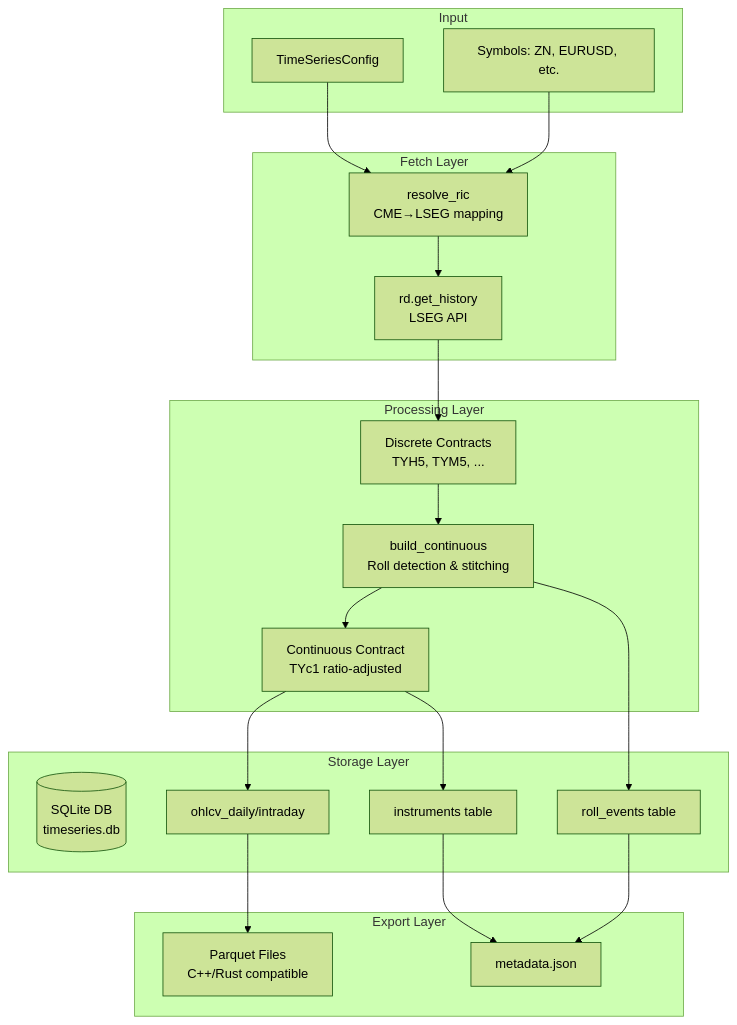
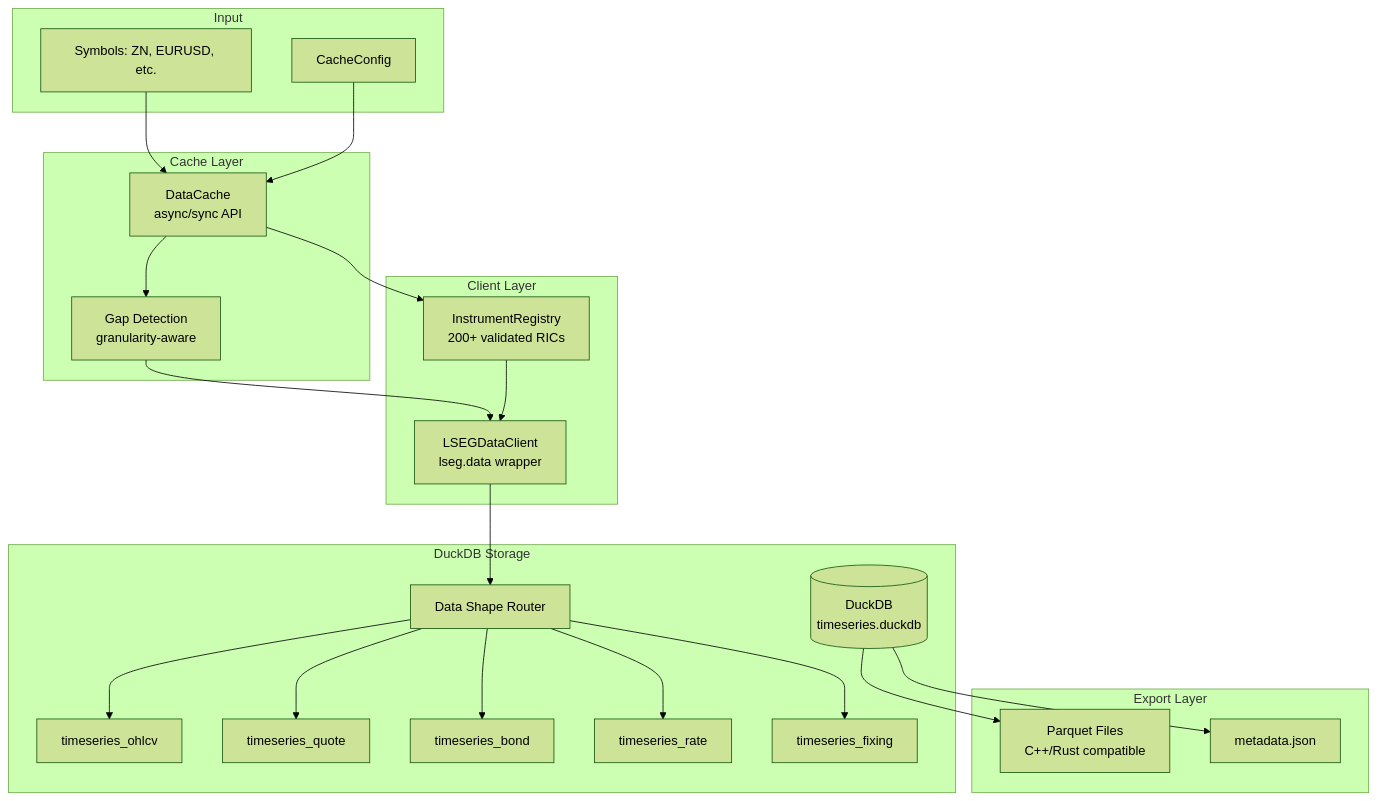
One commit to jlipworth/jl-lseg-toolkit changed the seventh of 7 diagrams in docs/ARCHITECTURE.md. Above: the diagram before and after it, drawn with Mermaid (forest theme). The commit also changed other lines of this file and 6 other files, not shown here.

First line of the commit message:
Add rate/bond OHLC fields and streamline documentation

````diff
--- a/docs/ARCHITECTURE.md
+++ b/docs/ARCHITECTURE.md
@@ -491,43 +491,47 @@
 ```mermaid
 flowchart TB
     subgraph Input
-        Config[TimeSeriesConfig]
+        Config[CacheConfig]
         Symbols[Symbols: ZN, EURUSD, etc.]
     end
 
-    subgraph Fetch["Fetch Layer"]
-        RIC[resolve_ric<br/>CME→LSEG mapping]
-        API[rd.get_history<br/>LSEG API]
+    subgraph Cache["Cache Layer"]
+        DataCache[DataCache<br/>async/sync API]
+        GapDetect[Gap Detection<br/>granularity-aware]
     end
 
-    subgraph Process["Processing Layer"]
-        Discrete[Discrete Contracts<br/>TYH5, TYM5, ...]
-        Roll[build_continuous<br/>Roll detection & stitching]
-        Continuous[Continuous Contract<br/>TYc1 ratio-adjusted]
+    subgraph Client["Client Layer"]
+        Registry[InstrumentRegistry<br/>200+ validated RICs]
+        API[LSEGDataClient<br/>lseg.data wrapper]
     end
 
-    subgraph Storage["Storage Layer"]
-        SQLite[(SQLite DB<br/>timeseries.db)]
-        Instruments[instruments table]
-        OHLCV[ohlcv_daily/intraday]
-        RollEvents[roll_events table]
+    subgraph Storage["DuckDB Storage"]
+        DuckDB[(DuckDB<br/>timeseries.duckdb)]
+        ShapeRouter[Data Shape Router]
+        OHLCV[timeseries_ohlcv]
+        Quote[timeseries_quote]
+        Bond[timeseries_bond]
+        Rate[timeseries_rate]
+        Fixing[timeseries_fixing]
     end
 
     subgraph Export["Export Layer"]
         Parquet[Parquet Files<br/>C++/Rust compatible]
         Metadata[metadata.json]
     end
 
-    Config --> RIC
-    Symbols --> RIC
-    RIC --> API
-    API --> Discrete
-    Discrete --> Roll
-    Roll --> Continuous
-    Continuous --> Instruments
-    Continuous --> OHLCV
-    Roll --> RollEvents
-    OHLCV --> Parquet
-    Instruments --> Metadata
-    RollEvents --> Metadata
+    Symbols --> DataCache
+    Config --> DataCache
+    DataCache --> GapDetect
+    GapDetect --> API
+    DataCache --> Registry
+    Registry --> API
+    API --> ShapeRouter
+    ShapeRouter --> OHLCV
+    ShapeRouter --> Quote
+    ShapeRouter --> Bond
+    ShapeRouter --> Rate
+    ShapeRouter --> Fixing
+    DuckDB --> Parquet
+    DuckDB --> Metadata
 ```
````
